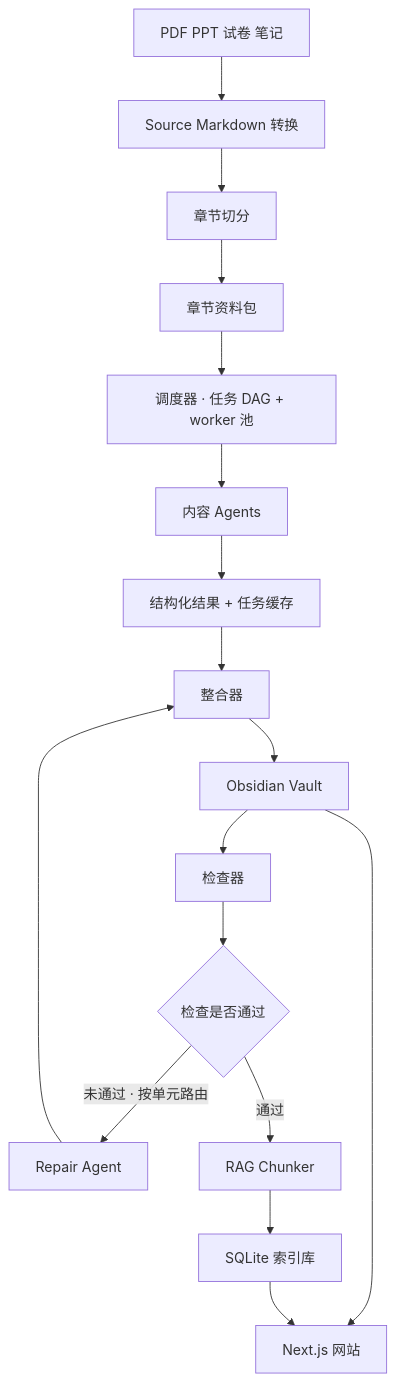
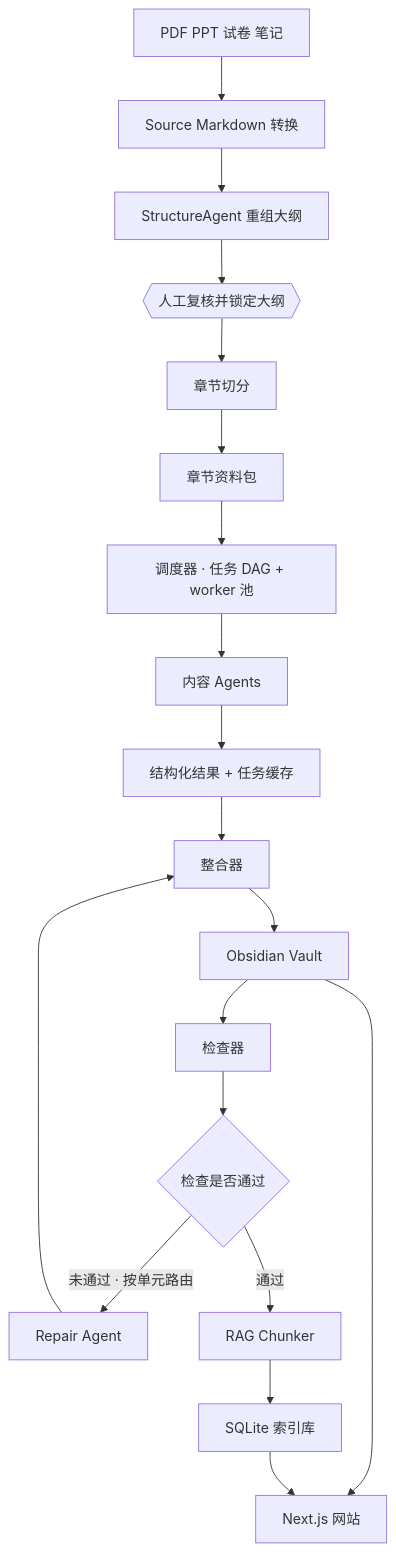
Before and after one commit to pppwaw/bookwiki: the first of 5 diagrams in plan.md, drawn with Mermaid. The commit also changed other lines of this file and 1 other file, not shown here.

Commit message:
Add AI structure reorganization and manual review process to chapter splitting

````diff
--- a/plan.md
+++ b/plan.md
@@ -115,19 +52,21 @@
 ```mermaid
 flowchart TD
     A[PDF PPT 试卷 笔记] --> B[Source Markdown 转换]
-    B --> C[章节切分]
-    C --> D[章节资料包]
-    D --> SCHED[调度器 · 任务 DAG + worker 池]
+    B --> C[StructureAgent 重组大纲]
+    C --> GATE{{人工复核并锁定大纲}}
+    GATE --> D[章节切分]
+    D --> P[章节资料包]
+    P --> SCHED[调度器 · 任务 DAG + worker 池]
     SCHED --> E[内容 Agents]
     E --> F[结构化结果 + 任务缓存]
     F --> G[整合器]
     G --> H[Obsidian Vault]
     H --> I[检查器]
     I --> J{检查是否通过}
     J -->|未通过 · 按单元路由| K[Repair Agent]
     K --> G
     J -->|通过| L[RAG Chunker]
     L --> M[SQLite 索引库]
     H --> N[Next.js 网站]
     M --> N
 ```
````
